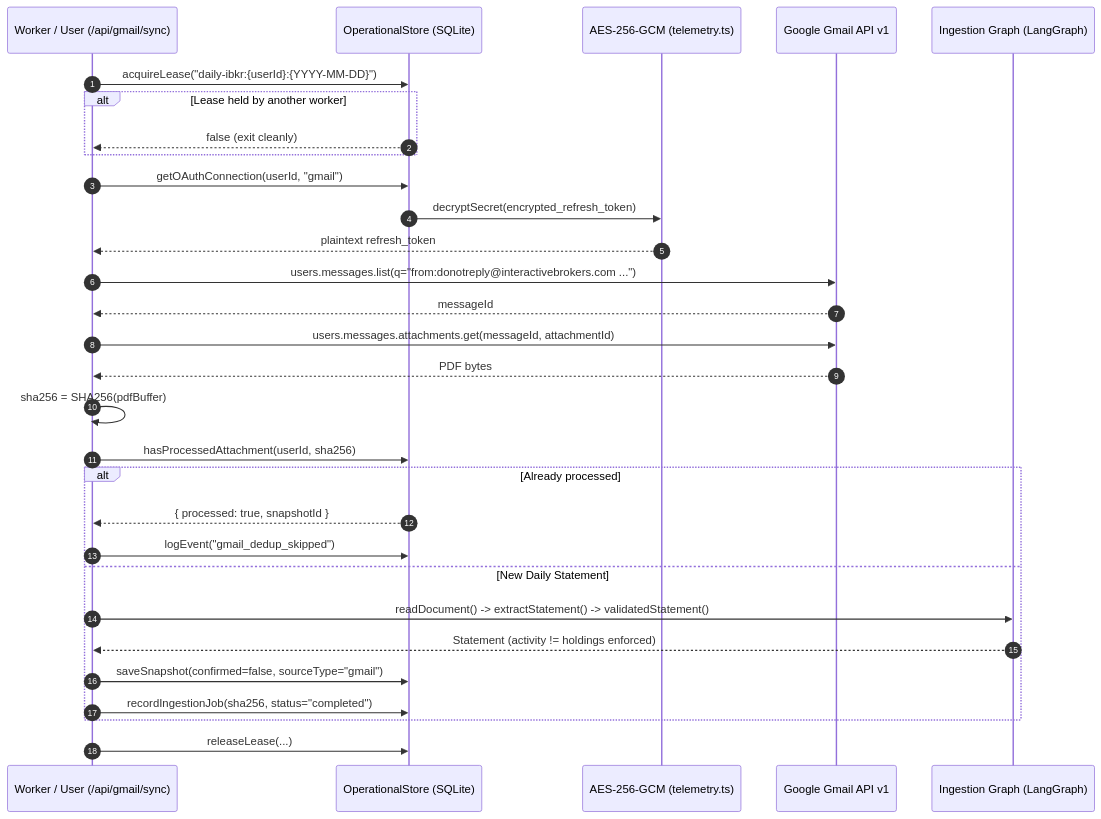
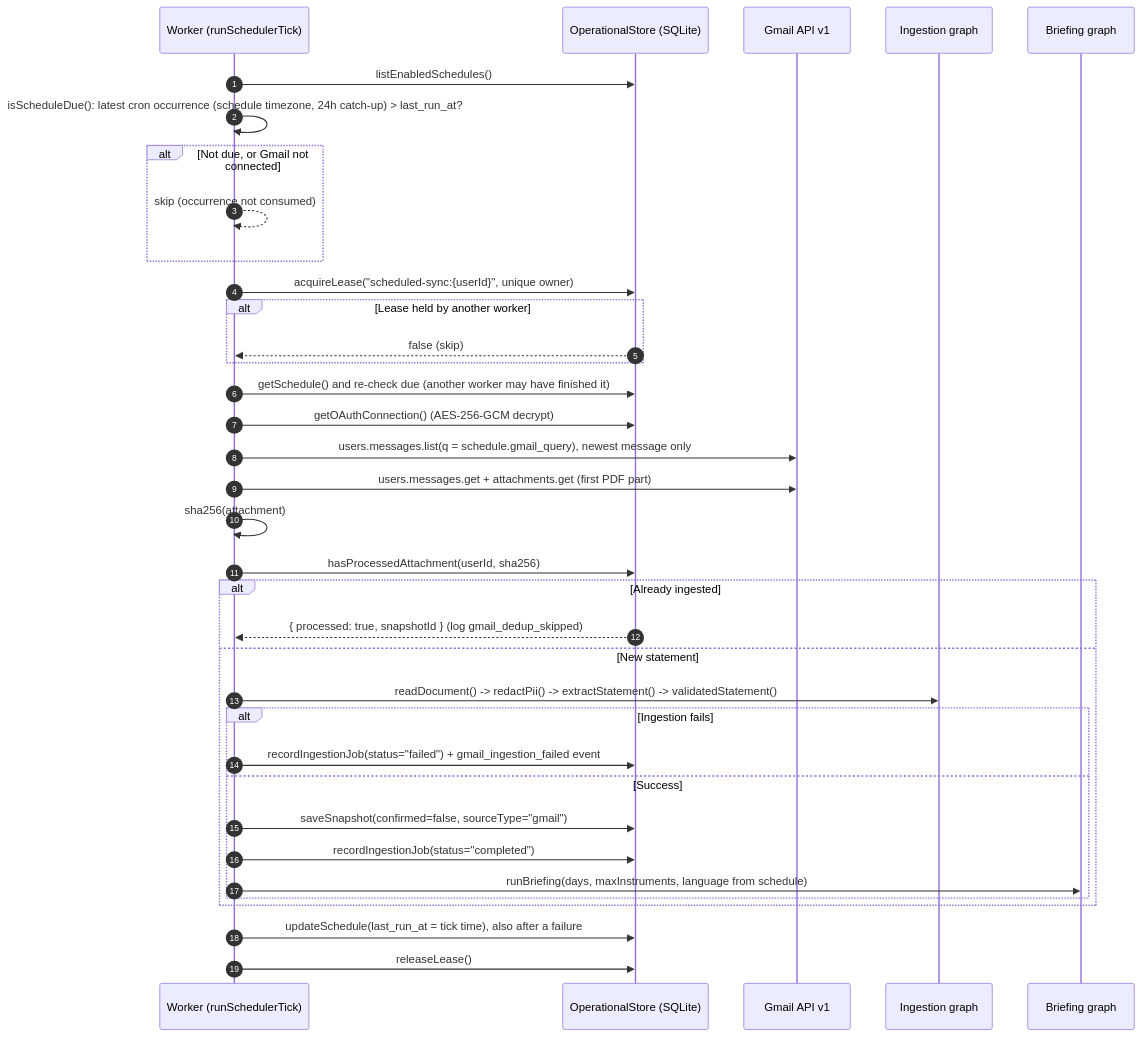
Before and after one commit to ruobin/ledgerpulse: the second of 2 diagrams in docs/low-level-design.md, drawn with Mermaid. The commit also changed other lines of this file and 4 other files, not shown here.

````diff
--- a/docs/low-level-design.md
+++ b/docs/low-level-design.md
@@ -98,33 +110,39 @@
 ```mermaid
 sequenceDiagram
     autonumber
-    participant Sched as Worker / User (/api/gmail/sync)
+    participant W as Worker (runSchedulerTick)
     participant Store as OperationalStore (SQLite)
-    participant Crypto as AES-256-GCM (telemetry.ts)
-    participant Gmail as Google Gmail API v1
-    participant Ingest as Ingestion Graph (LangGraph)
+    participant Gmail as Gmail API v1
+    participant Ingest as Ingestion graph
+    participant Brief as Briefing graph
 
-    Sched->>Store: acquireLease("daily-ibkr:{userId}:{YYYY-MM-DD}")
+    W->>Store: listEnabledSchedules()
+    W->>W: isScheduleDue(): latest cron occurrence (schedule timezone, 24h catch-up) > last_run_at?
+    alt Not due, or Gmail not connected
+        W-->>W: skip (occurrence not consumed)
+    end
+    W->>Store: acquireLease("scheduled-sync:{userId}", unique owner)
     alt Lease held by another worker
-        Store-->>Sched: false (exit cleanly)
+        Store-->>W: false (skip)
     end
-    Sched->>Store: getOAuthConnection(userId, "gmail")
-    Store->>Crypto: decryptSecret(encrypted_refresh_token)
-    Crypto-->>Sched: plaintext refresh_token
-    Sched->>Gmail: users.messages.list(q="from:donotreply@interactivebrokers.com ...")
-    Gmail-->>Sched: messageId
-    Sched->>Gmail: users.messages.attachments.get(messageId, attachmentId)
-    Gmail-->>Sched: PDF bytes
-    Sched->>Sched: sha256 = SHA256(pdfBuffer)
-    Sched->>Store: hasProcessedAttachment(userId, sha256)
-    alt Already processed
-        Store-->>Sched: { processed: true, snapshotId }
-        Sched->>Store: logEvent("gmail_dedup_skipped")
-    else New Daily Statement
-        Sched->>Ingest: readDocument() -> extractStatement() -> validatedStatement()
-        Ingest-->>Sched: Statement (activity != holdings enforced)
-        Sched->>Store: saveSnapshot(confirmed=false, sourceType="gmail")
-        Sched->>Store: recordIngestionJob(sha256, status="completed")
+    W->>Store: getSchedule() and re-check due (another worker may have finished it)
+    W->>Store: getOAuthConnection() (AES-256-GCM decrypt)
+    W->>Gmail: users.messages.list(q = schedule.gmail_query), newest message only
+    W->>Gmail: users.messages.get + attachments.get (first PDF part)
+    W->>W: sha256(attachment)
+    W->>Store: hasProcessedAttachment(userId, sha256)
+    alt Already ingested
+        Store-->>W: { processed: true, snapshotId } (log gmail_dedup_skipped)
+    else New statement
+        W->>Ingest: readDocument() -> redactPii() -> extractStatement() -> validatedStatement()
+        alt Ingestion fails
+            W->>Store: recordIngestionJob(status="failed") + gmail_ingestion_failed event
+        else Success
+            W->>Store: saveSnapshot(confirmed=false, sourceType="gmail")
+            W->>Store: recordIngestionJob(status="completed")
+            W->>Brief: runBriefing(days, maxInstruments, language from schedule)
+        end
     end
-    Sched->>Store: releaseLease(...)
+    W->>Store: updateSchedule(last_run_at = tick time), also after a failure
+    W->>Store: releaseLease()
 ```
````
